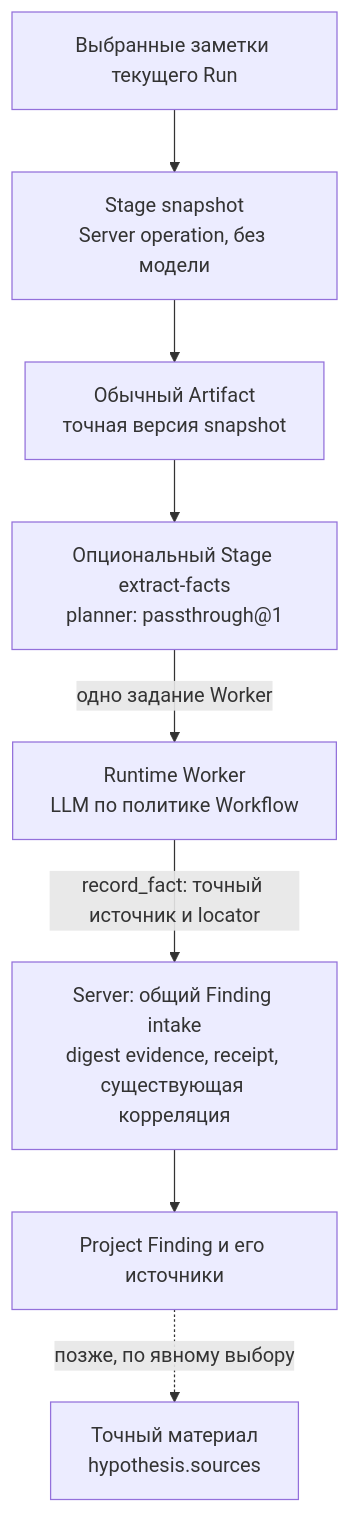
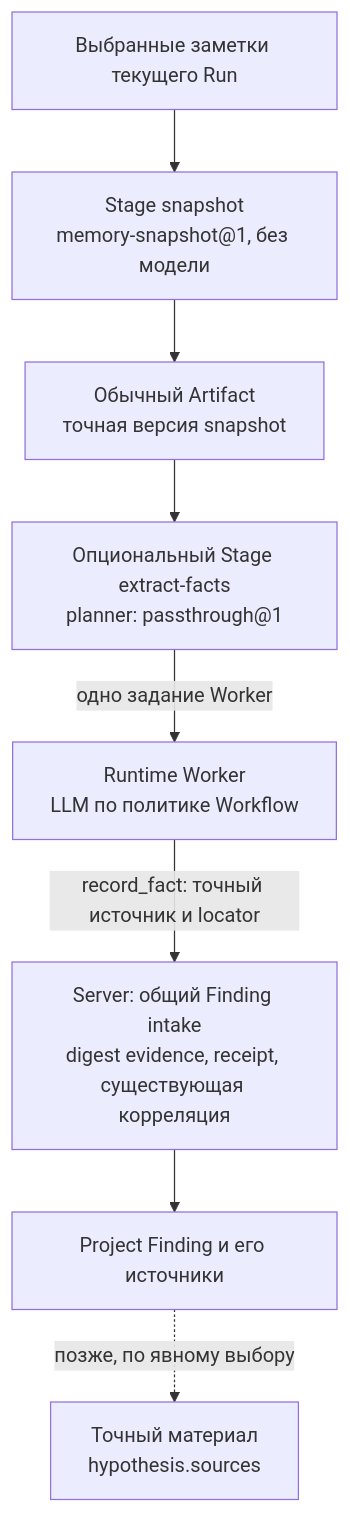
The third of 6 diagrams in docs/proposals/0055-project-facts-through-findings.md (grauwolf32/contractor), drawn with Mermaid before and after one commit. The commit also changed other lines of this file and 42 other files, not shown here.

Commit message:
feat(memory): export selected notes through a model-free Stage

````diff
--- a/docs/proposals/0055-project-facts-through-findings.md
+++ b/docs/proposals/0055-project-facts-through-findings.md
@@ -132,10 +132,10 @@
 ```mermaid
 flowchart TD
-    N["Выбранные заметки текущего Run"] --> S["Stage snapshot<br/>Server operation, без модели"]
+    N["Выбранные заметки текущего Run"] --> S["Stage snapshot<br/>memory-snapshot@1, без модели"]
     S --> A["Обычный Artifact<br/>точная версия snapshot"]
     A --> T["Опциональный Stage extract-facts<br/>planner: passthrough@1"]
     T -->|"одно задание Worker"| W["Runtime Worker<br/>LLM по политике Workflow"]
     W -->|"record_fact: точный источник и locator"| F["Server: общий Finding intake<br/>digest evidence, receipt, существующая корреляция"]
     F --> P["Project Finding и его источники"]
     P -.->|"позже, по явному выбору"| H["Точный материал<br/>hypothesis.sources"]
 ```
````
